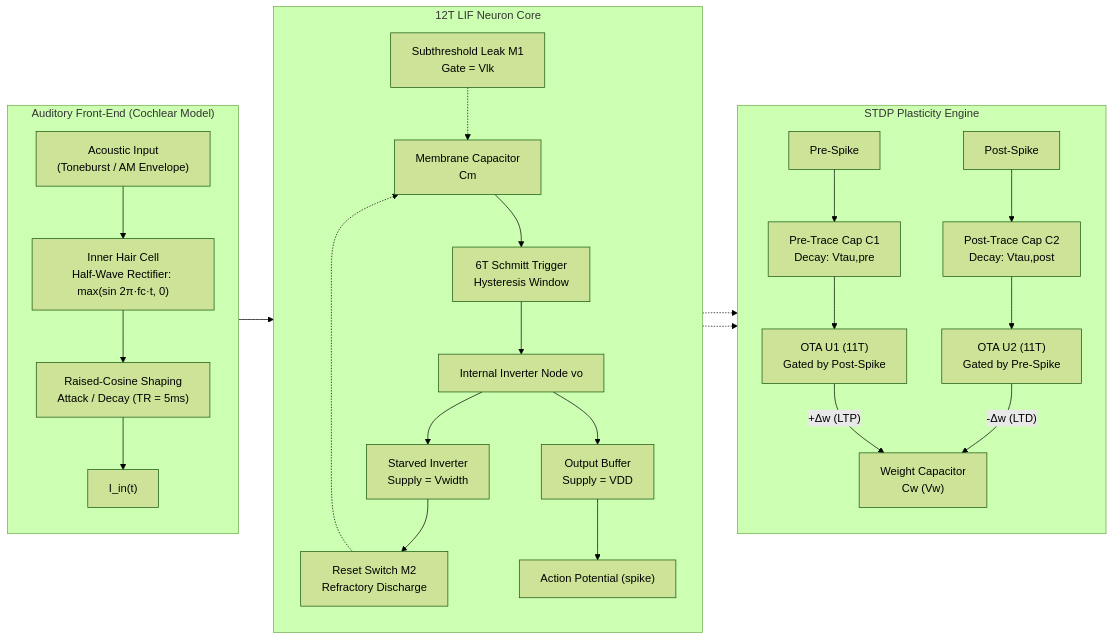
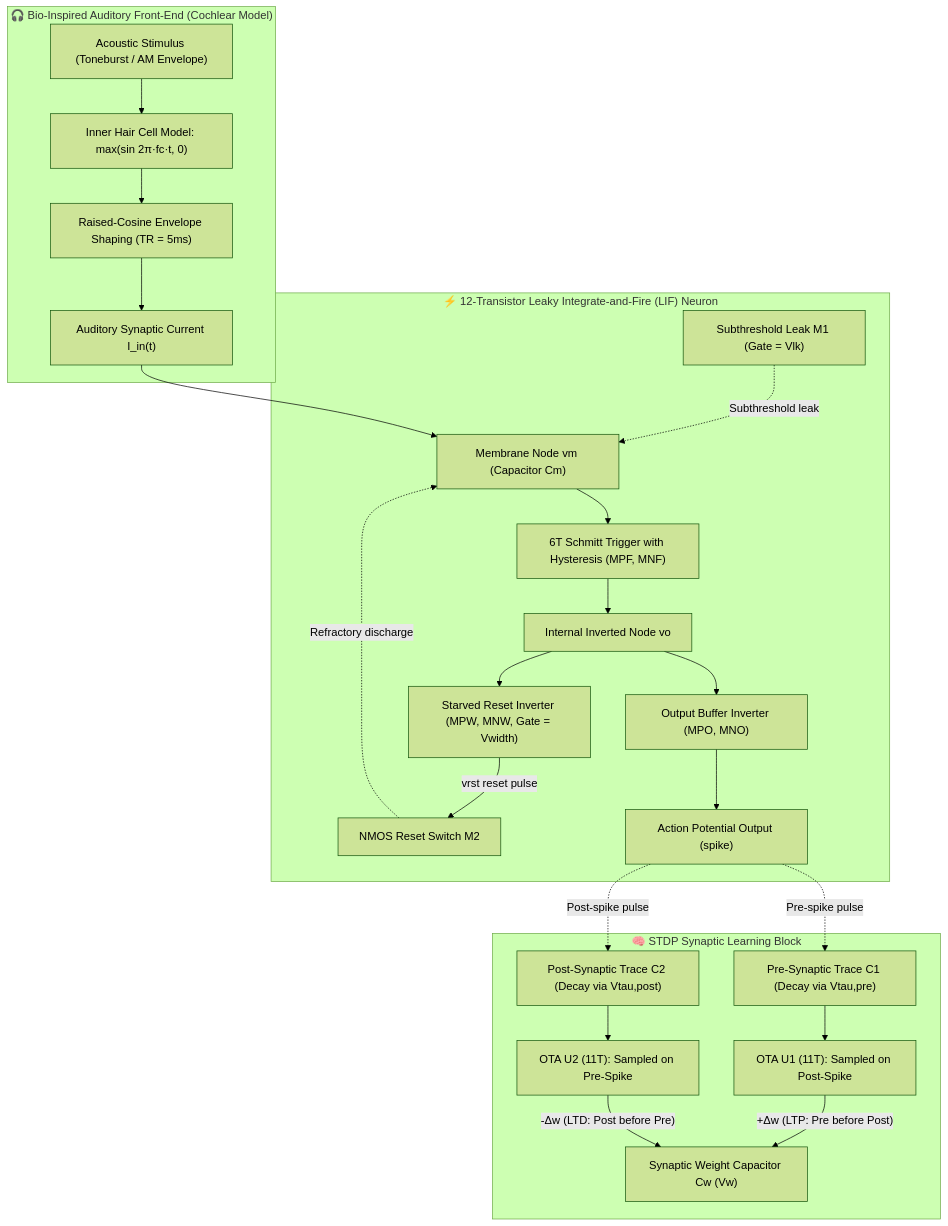
The diagram in README.md (anujgite10-10/subthreshold-neuromorphic-lif-stdp), drawn with Mermaid (forest theme) before and after one commit. The commit also changed other lines of this file, not shown here.

````diff
--- a/README.md
+++ b/README.md
@@ -30,35 +53,47 @@
 ```mermaid
-flowchart LR
-    subgraph FRONTEND["Auditory Front-End (Cochlear Model)"]
-        direction TB
-        Stim["Acoustic Input\n(Toneburst / AM Envelope)"] --> IHC["Inner Hair Cell\nHalf-Wave Rectifier: max(sin 2π·fc·t, 0)"]
-        IHC --> Ramp["Raised-Cosine Shaping\nAttack / Decay (TR = 5ms)"]
-        Ramp --> Iin["I_in(t)"]
+flowchart TB
+    subgraph AUD["🎧 Bio-Inspired Auditory Front-End (Cochlear Model)"]
+        Stim["Acoustic Stimulus (Toneburst / AM Envelope)"]
+        HWR["Inner Hair Cell Model: max(sin 2π·fc·t, 0)"]
+        RC["Raised-Cosine Envelope Shaping (TR = 5ms)"]
+        Iin["Auditory Synaptic Current I_in(t)"]
+        Stim --> HWR --> RC --> Iin
     end
 
-    subgraph NEURON["12T LIF Neuron Core"]
-        direction TB
-        Iin --> Cm["Membrane Capacitor\nCm"]
-        Mleak["Subthreshold Leak M1\nGate = Vlk"] -.-> Cm
-        Cm --> ST["6T Schmitt Trigger\nHysteresis Window"]
-        ST --> Vo["Internal Inverter Node vo"]
-        Vo --> InvP["Starved Inverter\nSupply = Vwidth"]
-        Vo --> InvO["Output Buffer\nSupply = VDD"]
-        InvP --> Mrst["Reset Switch M2\nRefractory Discharge"]
-        Mrst -.-> Cm
-        InvO --> Spike["Action Potential (spike)"]
+    subgraph LIF["⚡ 12-Transistor Leaky Integrate-and-Fire (LIF) Neuron"]
+        MemNode["Membrane Node vm (Capacitor Cm)"]
+        Leak["Subthreshold Leak M1 (Gate = Vlk)"]
+        ST["6T Schmitt Trigger with Hysteresis (MPF, MNF)"]
+        Vo["Internal Inverted Node vo"]
+        PW["Starved Reset Inverter (MPW, MNW, Gate = Vwidth)"]
+        OutInv["Output Buffer Inverter (MPO, MNO)"]
+        ResetSwitch["NMOS Reset Switch M2"]
+        SpikeOut["Action Potential Output (spike)"]
+
+        MemNode --> ST
+        ST --> Vo
+        Vo --> PW
+        Vo --> OutInv
+        PW -->|"vrst reset pulse"| ResetSwitch
+        ResetSwitch -.->|"Refractory discharge"| MemNode
+        Leak -.->|"Subthreshold leak"| MemNode
+        OutInv --> SpikeOut
     end
 
-    subgraph SYNAPSE["STDP Plasticity Engine"]
-        direction TB
-        PreSpike["Pre-Spike"] --> C1["Pre-Trace Cap C1\nDecay: Vtau,pre"]
-        PostSpike["Post-Spike"] --> C2["Post-Trace Cap C2\nDecay: Vtau,post"]
-        C1 --> OTA1["OTA U1 (11T)\nGated by Post-Spike"]
-        C2 --> OTA2["OTA U2 (11T)\nGated by Pre-Spike"]
-        OTA1 -->|"+Δw (LTP)"| Cw["Weight Capacitor\nCw (Vw)"]
-        OTA2 -->|"-Δw (LTD)"| Cw
+    subgraph STDP_BLOCK["🧠 STDP Synaptic Learning Block"]
+        PreTrace["Pre-Synaptic Trace C1 (Decay via Vtau,pre)"]
+        PostTrace["Post-Synaptic Trace C2 (Decay via Vtau,post)"]
+        OTA1["OTA U1 (11T): Sampled on Post-Spike"]
+        OTA2["OTA U2 (11T): Sampled on Pre-Spike"]
+        WeightCap["Synaptic Weight Capacitor Cw (Vw)"]
+
+        PreTrace --> OTA1
+        PostTrace --> OTA2
+        OTA1 -->|"+Δw (LTP: Pre before Post)"| WeightCap
+        OTA2 -->|"-Δw (LTD: Post before Pre)"| WeightCap
     end
 
-    Spike -.-> PreSpike
-    Spike -.-> PostSpike
+    Iin --> MemNode
+    SpikeOut -.->|"Pre-spike pulse"| PreTrace
+    SpikeOut -.->|"Post-spike pulse"| PostTrace
 ```
````
